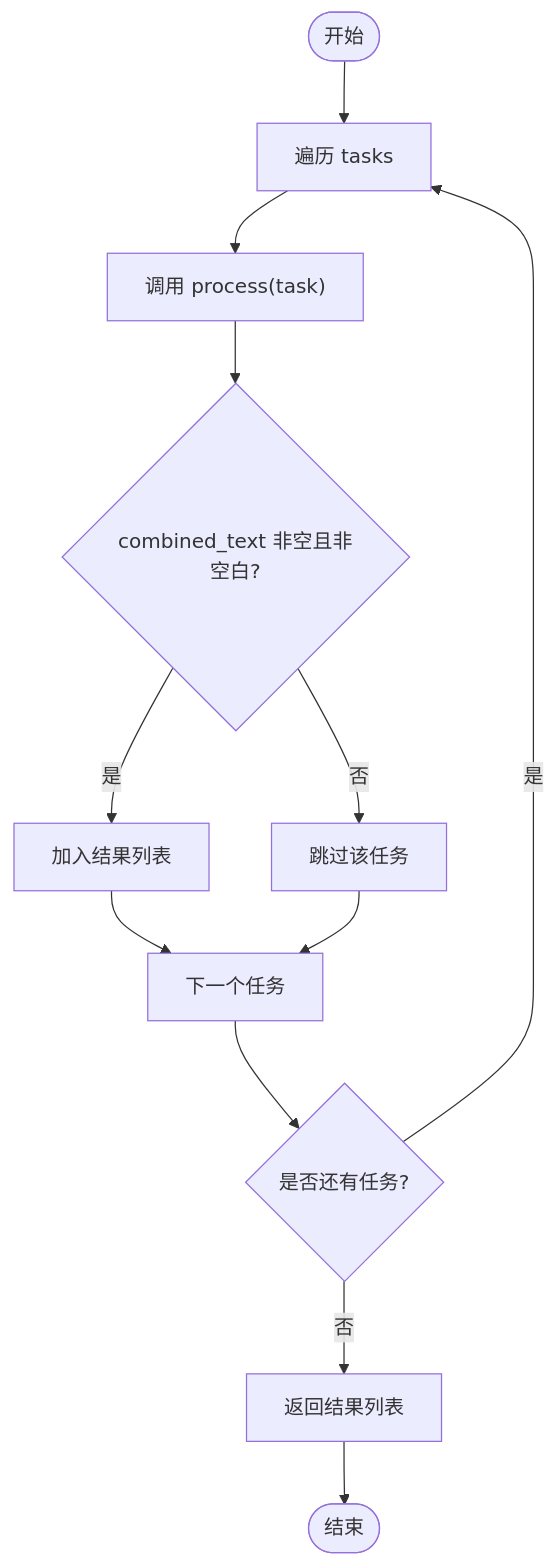
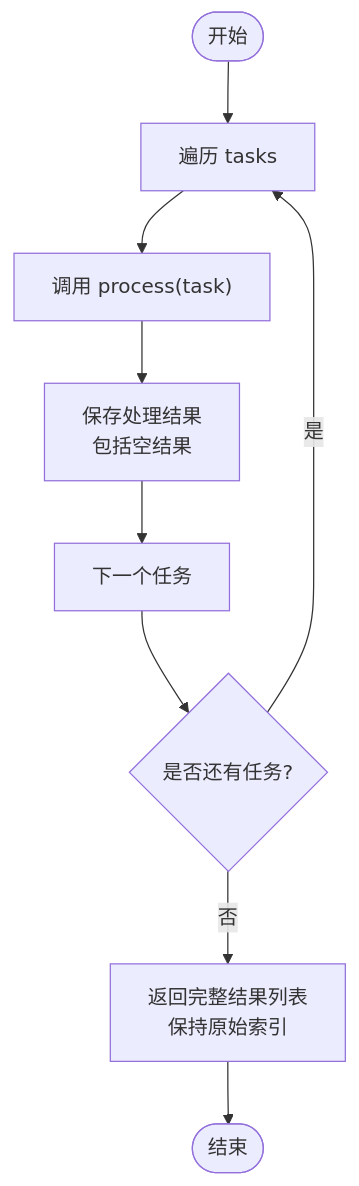
One commit to boyingliu01/fault-review-analyzer changed the fourth of 5 diagrams in .qoder/repowiki/zh/content/核心架构/核心组件/数据预处理模块.md. Above: the diagram before and after it, drawn with Mermaid. The commit also changed other lines of this file and 125 other files, not shown here.

````diff
--- a/.qoder/repowiki/zh/content/核心架构/核心组件/数据预处理模块.md
+++ b/.qoder/repowiki/zh/content/核心架构/核心组件/数据预处理模块.md
@@ -176,14 +193,11 @@
 ```mermaid
 flowchart TD
 Start(["开始"]) --> Loop["遍历 tasks"]
 Loop --> Proc["调用 process(task)"]
-Proc --> Filter{"combined_text 非空且非空白?"}
-Filter --> |是| Append["加入结果列表"]
-Filter --> |否| Skip["跳过该任务"]
-Append --> Next["下一个任务"]
-Skip --> Next
+Proc --> SaveResult["保存处理结果<br/>包括空结果"]
+SaveResult --> Next["下一个任务"]
 Next --> Done{"是否还有任务?"}
 Done --> |是| Loop
-Done --> |否| Return["返回结果列表"]
+Done --> |否| Return["返回完整结果列表<br/>保持原始索引"]
 Return --> End(["结束"])
 ```
````
